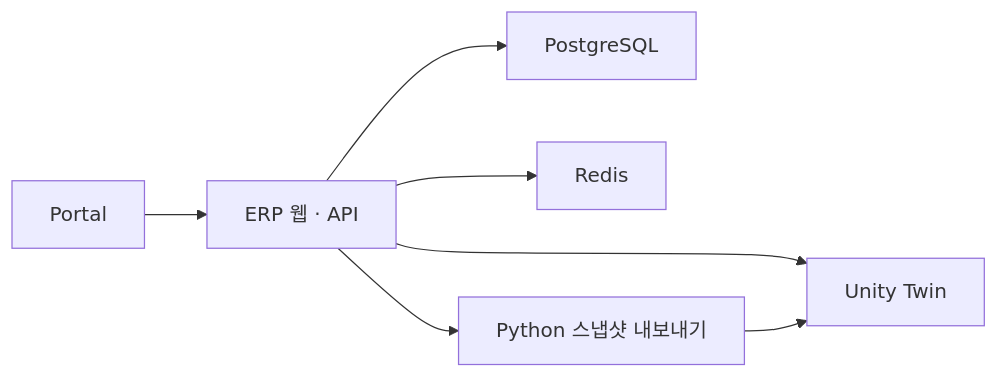
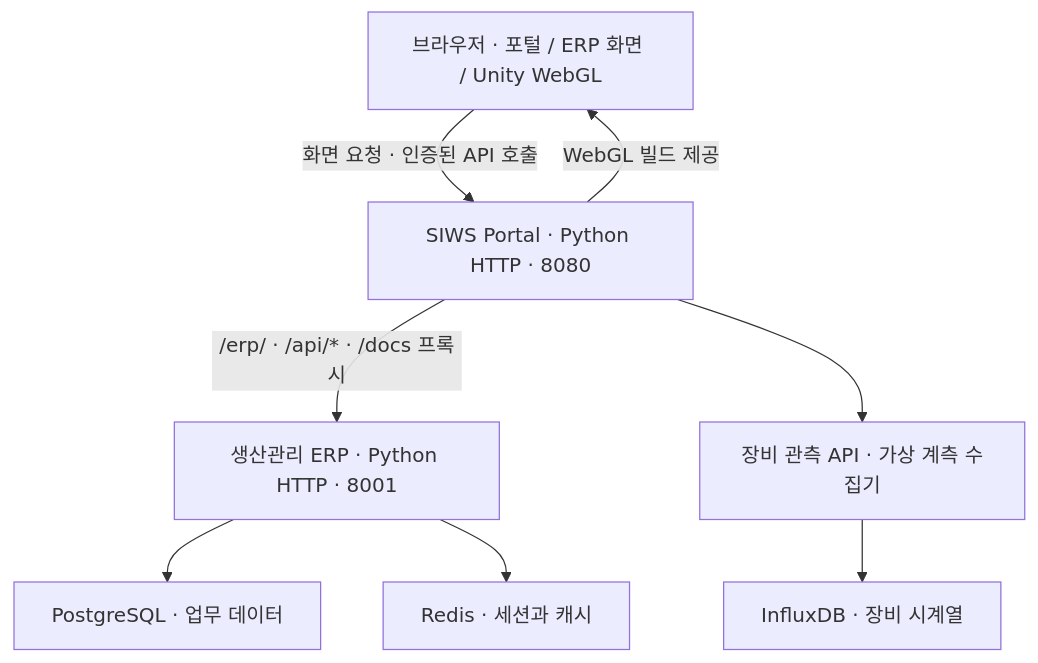
The diagram in README.md (Jihoons-Growthlab/Shipyard-ERP), drawn with Mermaid before and after one commit. The commit also changed other lines of this file and 8 other files, not shown here.

Commit message:
Document SIWS architecture and refresh feature demos

```diff
--- a/README.md
+++ b/README.md
@@ -44,9 +63,13 @@
 ~~~mermaid
-flowchart LR
-    Portal["Portal"] --> ERP["ERP 웹 · API"]
-    ERP --> DB["PostgreSQL"]
-    ERP --> Cache["Redis"]
-    ERP --> Twin["Unity Twin"]
-    ERP --> Export["Python 스냅샷 내보내기"]
-    Export --> Twin
+flowchart TB
+    Browser["브라우저 · 포털 / ERP 화면 / Unity WebGL"]
+    Portal["SIWS Portal · Python HTTP · 8080"]
+    ERP["생산관리 ERP · Python HTTP · 8001"]
+    Browser -->|"화면 요청 · 인증된 API 호출"| Portal
+    Portal -->|"WebGL 빌드 제공"| Browser
+    Portal -->|"/erp/ · /api/* · /docs 프록시"| ERP
+    ERP --> PG["PostgreSQL · 업무 데이터"]
+    ERP --> Redis["Redis · 세션과 캐시"]
+    Portal --> Equipment["장비 관측 API · 가상 계측 수집기"]
+    Equipment --> Influx["InfluxDB · 장비 시계열"]
 ~~~
```
